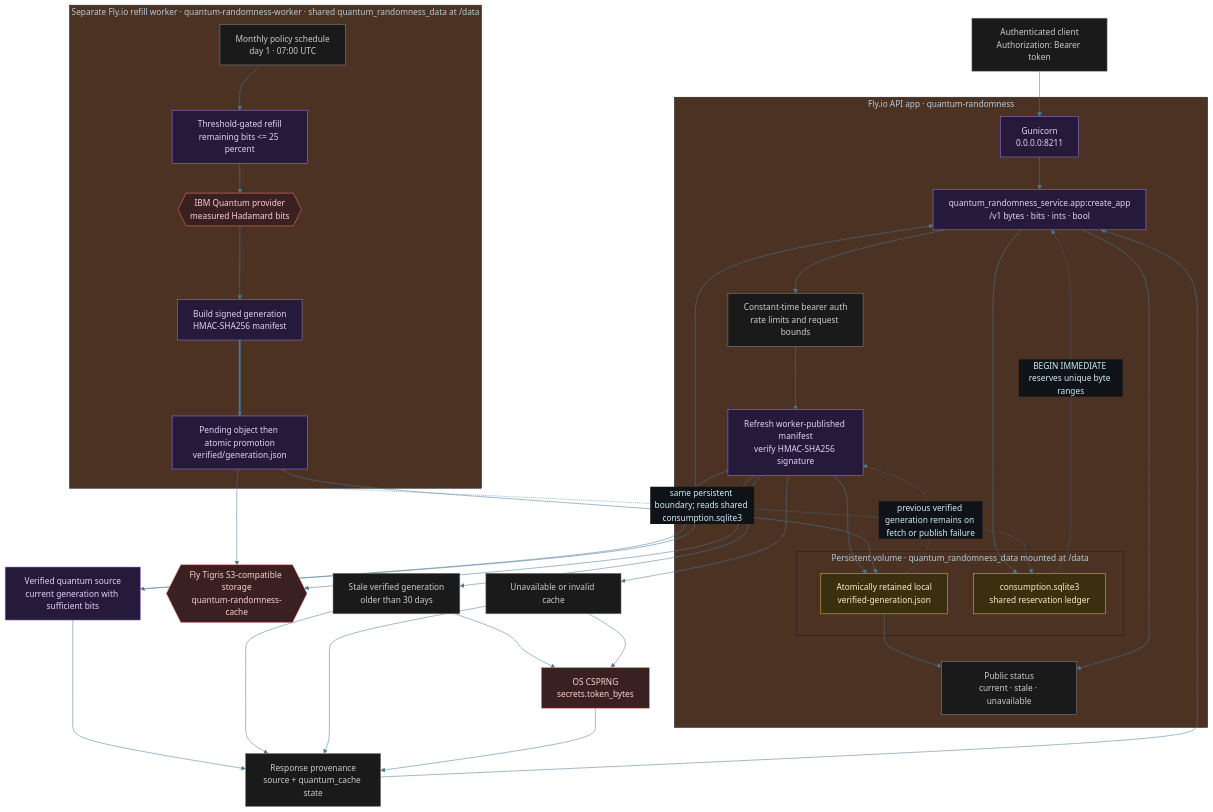
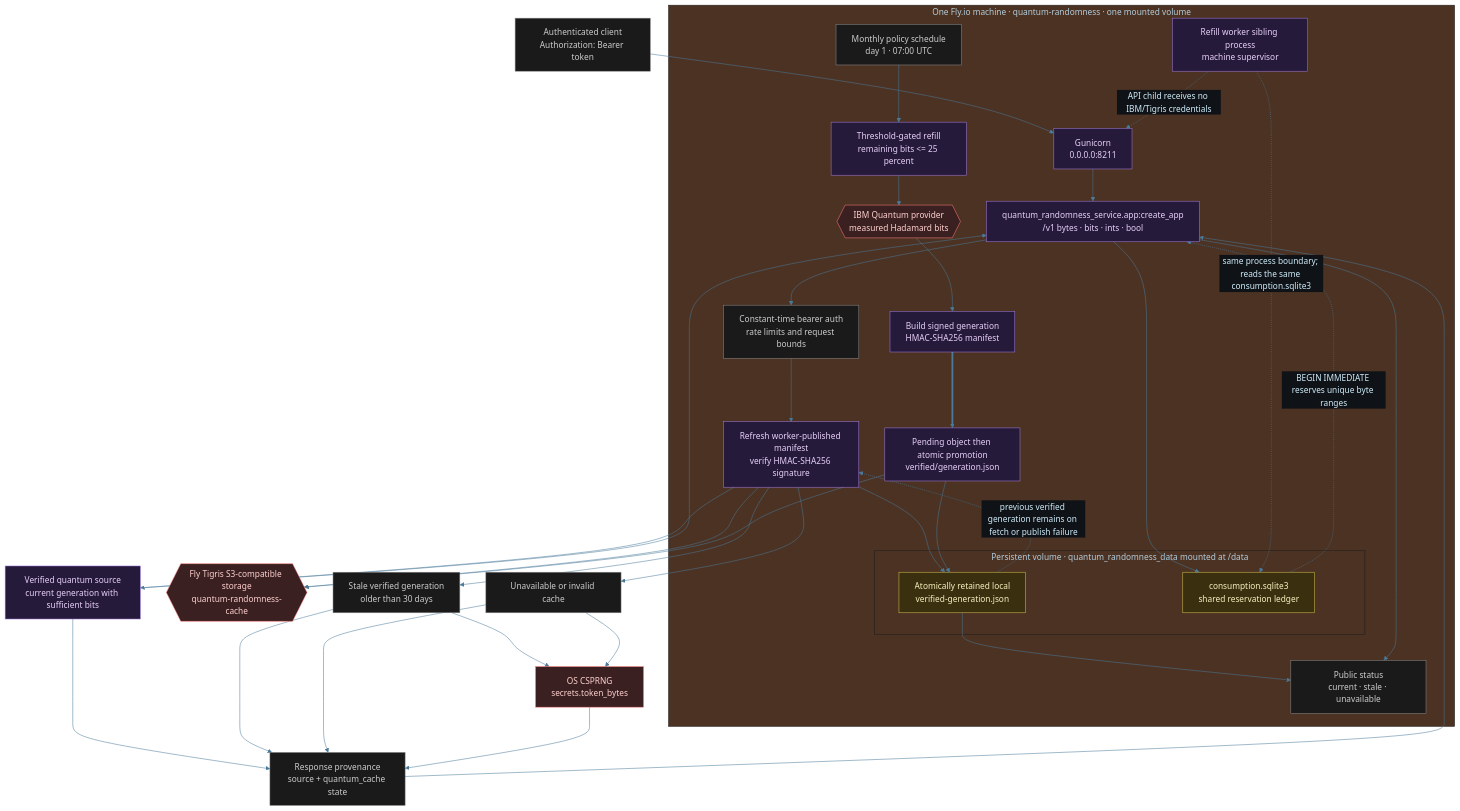
The diagram in diagrams/quantum-randomness-service.mmd (tylerdrakemusic/Quantum), drawn with Mermaid before and after one commit. The commit also changed 8 other files, not shown here.

Commit message:
fix: enforce single-machine randomness service

```diff
--- a/diagrams/quantum-randomness-service.mmd
+++ b/diagrams/quantum-randomness-service.mmd
@@ -1,74 +1,73 @@
 %%{init: {'theme': 'base', 'themeVariables': {'primaryColor': '#1a2e3a', 'primaryTextColor': '#d0ecf8', 'edgeLabelBackground': '#0f1318', 'lineColor': '#4a7a9a'}}}%%
 %% is_derived_view=true
 %% Traceability.parent: diagrams/quantum-architecture.mmd
 %% Scope: authenticated Fly.io API and worker-owned verified cache publication
 graph TB
     Client[Authenticated client<br/>Authorization: Bearer token]:::state
 
-    subgraph API["Fly.io API app · quantum-randomness"]
+    subgraph Machine["One Fly.io machine · quantum-randomness · one mounted volume"]
         Gunicorn[Gunicorn<br/>0.0.0.0:8211]:::quantum
         Flask[quantum_randomness_service.app:create_app<br/>/v1 bytes · bits · ints · bool]:::quantum
         Auth[Constant-time bearer auth<br/>rate limits and request bounds]:::state
         Refresh[Refresh worker-published manifest<br/>verify HMAC-SHA256 signature]:::quantum
+        Worker[Refill worker sibling process<br/>machine supervisor]:::quantum
         subgraph Volume["Persistent volume · quantum_randomness_data mounted at /data"]
             Retained[Atomically retained local<br/>verified-generation.json]:::db
             Consumption[consumption.sqlite3<br/>shared reservation ledger]:::db
         end
         APIStatus[Public status<br/>current · stale · unavailable]:::state
-    end
-
-    subgraph Worker["Separate Fly.io refill worker · quantum-randomness-worker · shared quantum_randomness_data at /data"]
         Schedule[Monthly policy schedule<br/>day 1 · 07:00 UTC]:::state
         Refill[Threshold-gated refill<br/>remaining bits <= 25 percent]:::quantum
         IBM{{IBM Quantum provider<br/>measured Hadamard bits}}:::ext
         Sign[Build signed generation<br/>HMAC-SHA256 manifest]:::quantum
         Publish[Pending object then atomic promotion<br/>verified/generation.json]:::quantum
     end
 
     Tigris{{Fly Tigris S3-compatible storage<br/>quantum-randomness-cache}}:::ext
     Quantum[Verified quantum source<br/>current generation with sufficient bits]:::quantum
     Stale[Stale verified generation<br/>older than 30 days]:::state
     Unavailable[Unavailable or invalid cache]:::state
     CSPRNG[OS CSPRNG<br/>secrets.token_bytes]:::ext
     Provenance[Response provenance<br/>source + quantum_cache state]:::state
 
     Client --> Gunicorn
     Gunicorn --> Flask
     Flask --> Auth
     Auth --> Refresh
     Refresh --> Tigris
     Refresh --> Retained
     Flask --> Consumption
     Consumption -.->|"BEGIN IMMEDIATE reserves unique byte ranges"| Flask
     Retained --> APIStatus
     Flask --> APIStatus
     Refresh --> Quantum
     Refresh --> Stale
     Refresh --> Unavailable
     Quantum --> Provenance
     Stale --> Provenance
     Unavailable --> Provenance
     Quantum --> Flask
     Stale --> CSPRNG
     Unavailable --> CSPRNG
     CSPRNG --> Provenance
     Provenance --> Flask
     Schedule --> Refill
     Refill --> IBM
     IBM --> Sign
     Sign ==> Publish
     Publish --> Tigris
     Publish --> Retained
-    Worker -.->|"same persistent boundary; reads shared consumption.sqlite3"| Consumption
+    Worker -.->|"same process boundary; reads the same consumption.sqlite3"| Consumption
+    Worker -.->|"API child receives no IBM/Tigris credentials"| Gunicorn
     Retained -.->|"previous verified generation remains on fetch or publish failure"| Refresh
 
 classDef life     fill:#1a2e3a,stroke:#6ab4d4,color:#d0ecf8
 classDef music    fill:#3a1a24,stroke:#d47a8f,color:#f8d0dc
 classDef quantum  fill:#251a3a,stroke:#a07adf,color:#e8d0f8
 classDef manifest fill:#3a2e1a,stroke:#d4a96a,color:#f8ead0
 classDef ws       fill:#1a3a30,stroke:#6ad4b4,color:#d0f8ee
 classDef tyler    fill:#2a1a3a,stroke:#9e4aff,color:#fff
 classDef ext      fill:#3a2020,stroke:#ff7a7a,color:#ffd0d0
 classDef db       fill:#3a3010,stroke:#d4c050,color:#f8f0c0
 classDef state    fill:#1a1a1a,stroke:#888888,color:#cccccc
 classDef store    fill:#1a3a30,stroke:#6ad4b4,color:#d0f8ee
```
